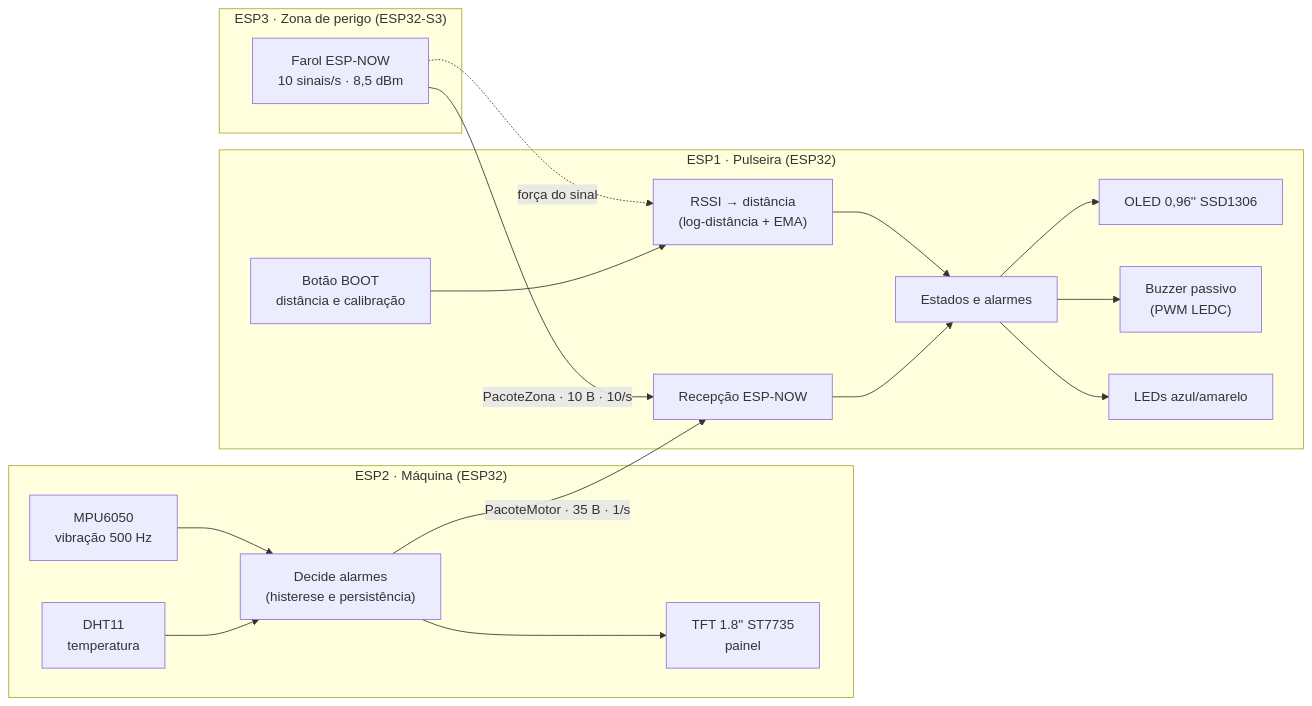
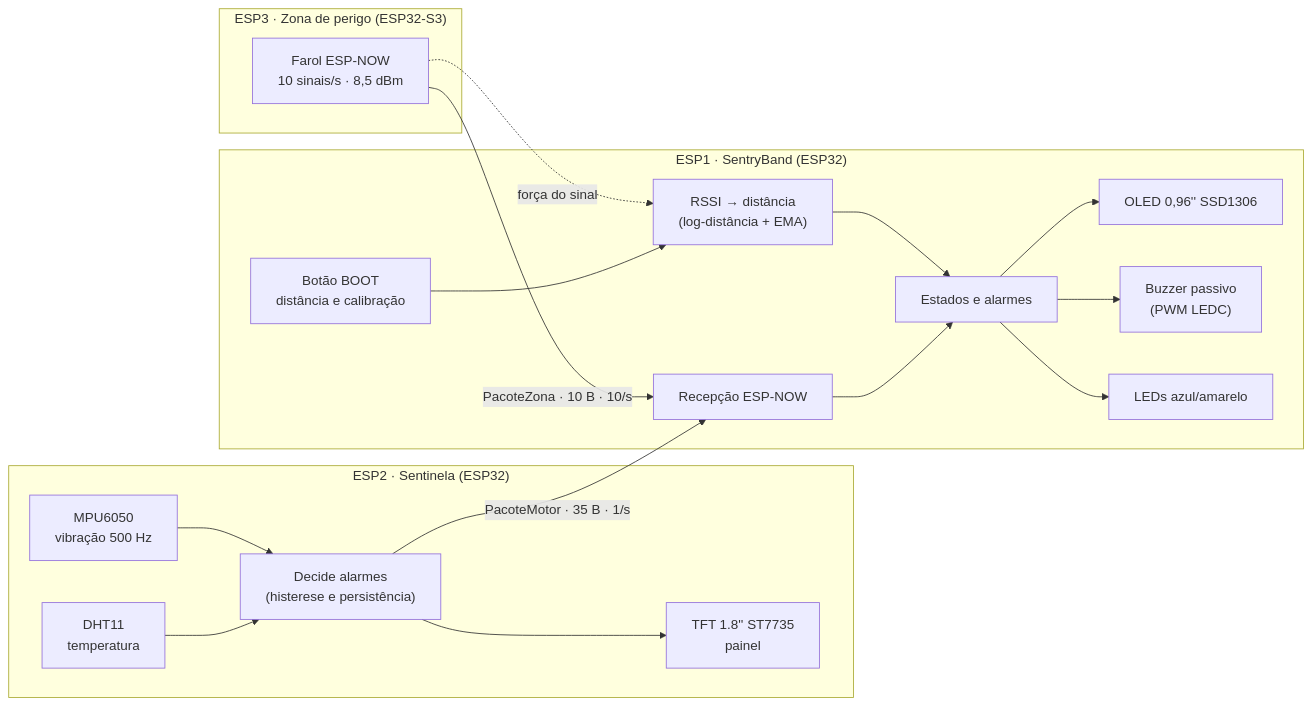
The diagram in README.md (MrNoberto/pulseira-seguranca-industrial-esp32), drawn with Mermaid before and after one commit. The commit also changed other lines of this file and 7 other files, not shown here.

First line of the commit message:
Usa os nomes SentryBand (pulseira) e Sentinela (máquina)

````diff
--- a/README.md
+++ b/README.md
@@ -52,22 +52,22 @@
 ```mermaid
 flowchart LR
     subgraph Z["ESP3 · Zona de perigo (ESP32-S3)"]
         F["Farol ESP-NOW<br/>10 sinais/s · 8,5 dBm"]
     end
-    subgraph M["ESP2 · Máquina (ESP32)"]
+    subgraph M["ESP2 · Sentinela (ESP32)"]
         DHT["DHT11<br/>temperatura"] --> D["Decide alarmes<br/>(histerese e persistência)"]
         MPU["MPU6050<br/>vibração 500 Hz"] --> D
         D --> TFT["TFT 1.8'' ST7735<br/>painel"]
     end
-    subgraph P["ESP1 · Pulseira (ESP32)"]
+    subgraph P["ESP1 · SentryBand (ESP32)"]
         R["Recepção ESP-NOW"] --> E["Estados e alarmes"]
         RS["RSSI → distância<br/>(log-distância + EMA)"] --> E
         BT["Botão BOOT<br/>distância e calibração"] --> RS
         E --> OLED["OLED 0,96'' SSD1306"]
         E --> BZ["Buzzer passivo<br/>(PWM LEDC)"]
         E --> LED["LEDs azul/amarelo"]
     end
     D -- "PacoteMotor · 35 B · 1/s" --> R
     F -- "PacoteZona · 10 B · 10/s" --> R
     F -. força do sinal .-> RS
 ```
````
